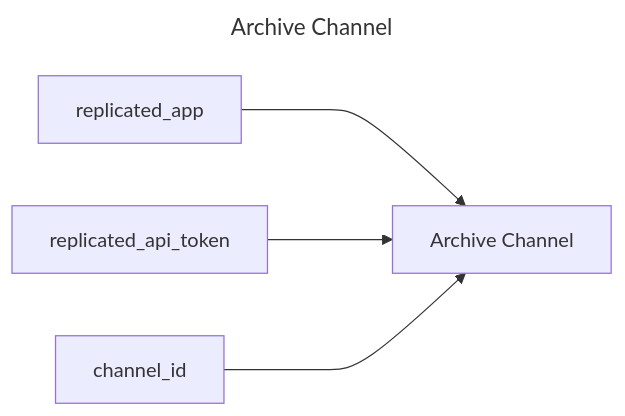
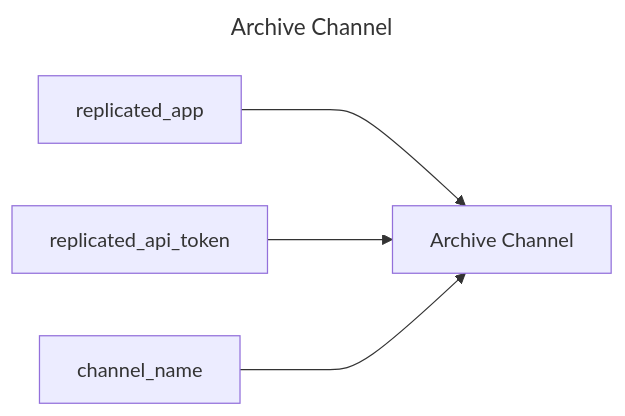
The diagram in archive-channel/README.md (replicatedhq/replicated-actions), drawn with Mermaid before and after one commit. The commit also changed 6 other files, not shown here.

````diff
--- a/archive-channel/README.md
+++ b/archive-channel/README.md
@@ -3,10 +3,10 @@
 ```mermaid
 ---
 title: Archive Channel
 ---
 graph LR
 archive_channel["Archive Channel"]
 replicated_app ---> archive_channel
 replicated_api_token ---> archive_channel
-channel_id ---> archive_channel
+channel_name ---> archive_channel
 ```
````
